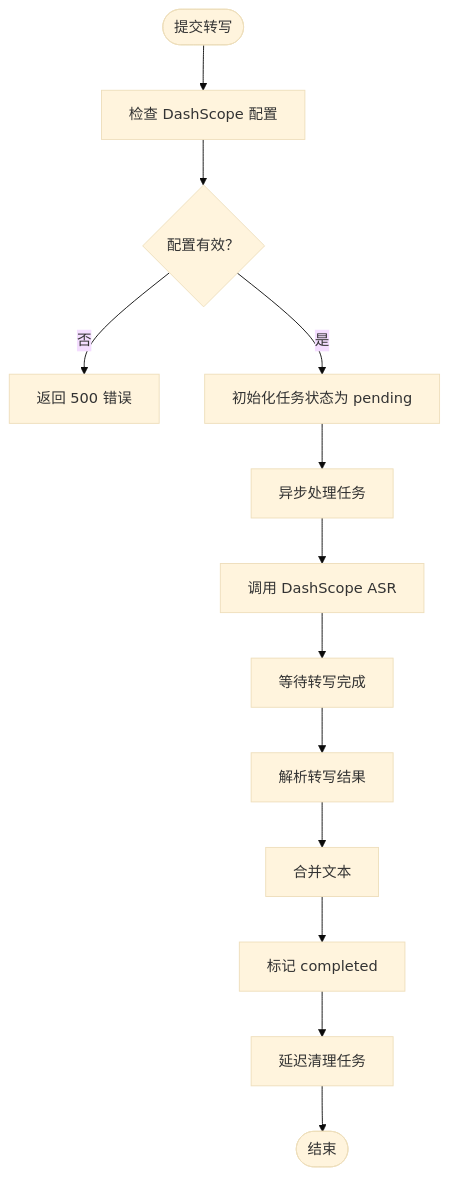
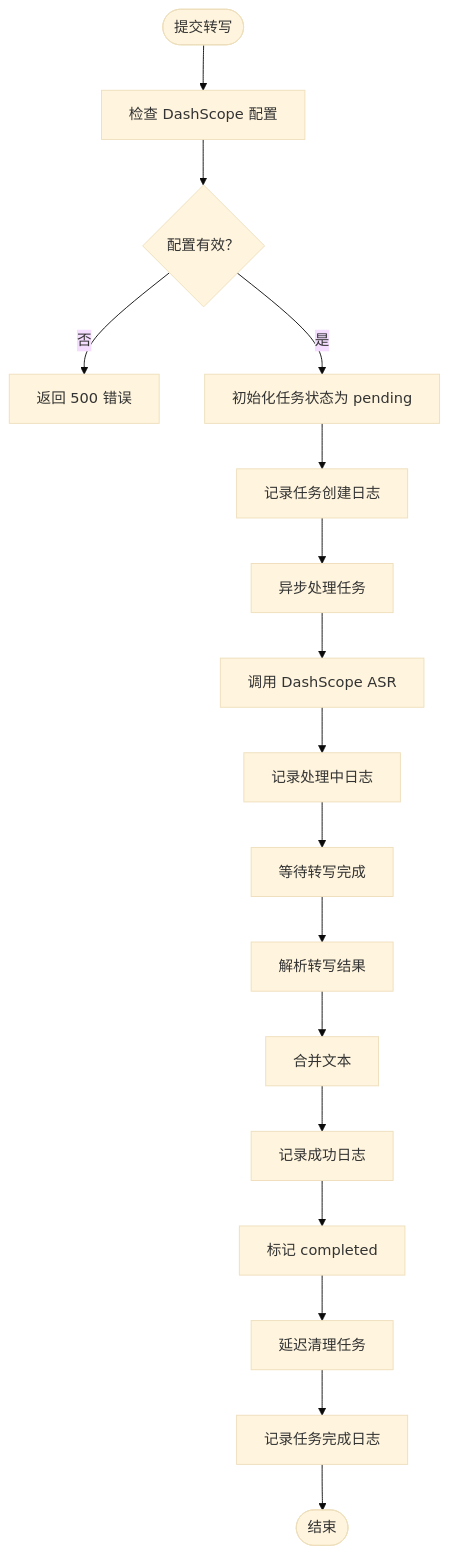
Before and after one commit to hbxfhrg/deer-flow: the third of 6 diagrams in .qoder/repowiki/zh/content/架构设计/核心组件详解/网关 API/语音转文字路由器.md, drawn with Mermaid (base theme). The commit also changed other lines of this file and 18 other files, not shown here.

````diff
--- a/.qoder/repowiki/zh/content/架构设计/核心组件详解/网关 API/语音转文字路由器.md
+++ b/.qoder/repowiki/zh/content/架构设计/核心组件详解/网关 API/语音转文字路由器.md
@@ -128,15 +136,19 @@
 ```mermaid
 flowchart TD
 Start(["提交转写"]) --> CheckCfg["检查 DashScope 配置"]
 CheckCfg --> CfgOK{"配置有效？"}
 CfgOK --> |否| ErrCfg["返回 500 错误"]
 CfgOK --> |是| InitTask["初始化任务状态为 pending"]
-InitTask --> AsyncProc["异步处理任务"]
+InitTask --> LogCreate["记录任务创建日志"]
+LogCreate --> AsyncProc["异步处理任务"]
 AsyncProc --> CallASR["调用 DashScope ASR"]
-CallASR --> WaitASR["等待转写完成"]
+CallASR --> LogProcessing["记录处理中日志"]
+LogProcessing --> WaitASR["等待转写完成"]
 WaitASR --> ParseRes["解析转写结果"]
 ParseRes --> MergeText["合并文本"]
-MergeText --> MarkDone["标记 completed"]
+MergeText --> LogSuccess["记录成功日志"]
+LogSuccess --> MarkDone["标记 completed"]
 MarkDone --> Cleanup["延迟清理任务"]
-Cleanup --> End(["结束"])
+Cleanup --> LogComplete["记录任务完成日志"]
+LogComplete --> End(["结束"])
 ```
````
